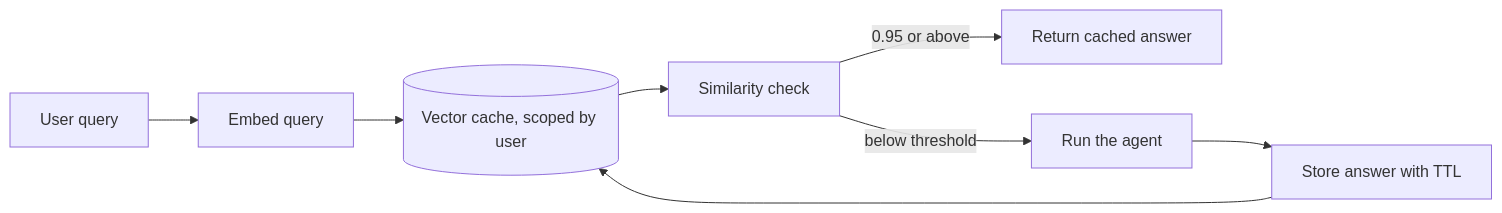
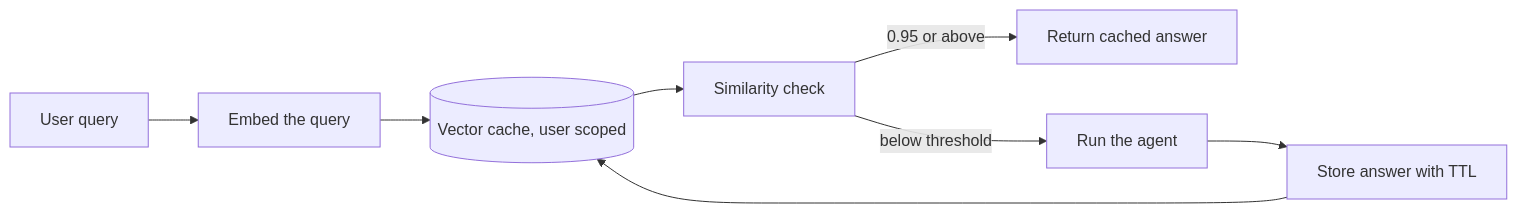
The third of 7 diagrams in content-en/11-agentic/11-cost-latency.md (flow6979/viewinter), drawn with Mermaid before and after one commit. The commit also changed other lines of this file and 26 other files, not shown here.

First line of the commit message:
Agentic AI: rewrite all 13 pages to explain from scratch; animate diagrams on every article

````diff
--- a/content-en/11-agentic/11-cost-latency.md
+++ b/content-en/11-agentic/11-cost-latency.md
@@ -171,10 +180,10 @@
 ```mermaid
 flowchart LR
-    Q["User query"] --> E["Embed query"]
-    E --> V[("Vector cache, scoped by user")]
+    Q["User query"] --> E["Embed the query"]
+    E --> V[("Vector cache, user scoped")]
     V --> SIM["Similarity check"]
     SIM -->|0.95 or above| HIT["Return cached answer"]
     SIM -->|below threshold| AG["Run the agent"]
     AG --> ST["Store answer with TTL"]
     ST --> V
 ```
````
